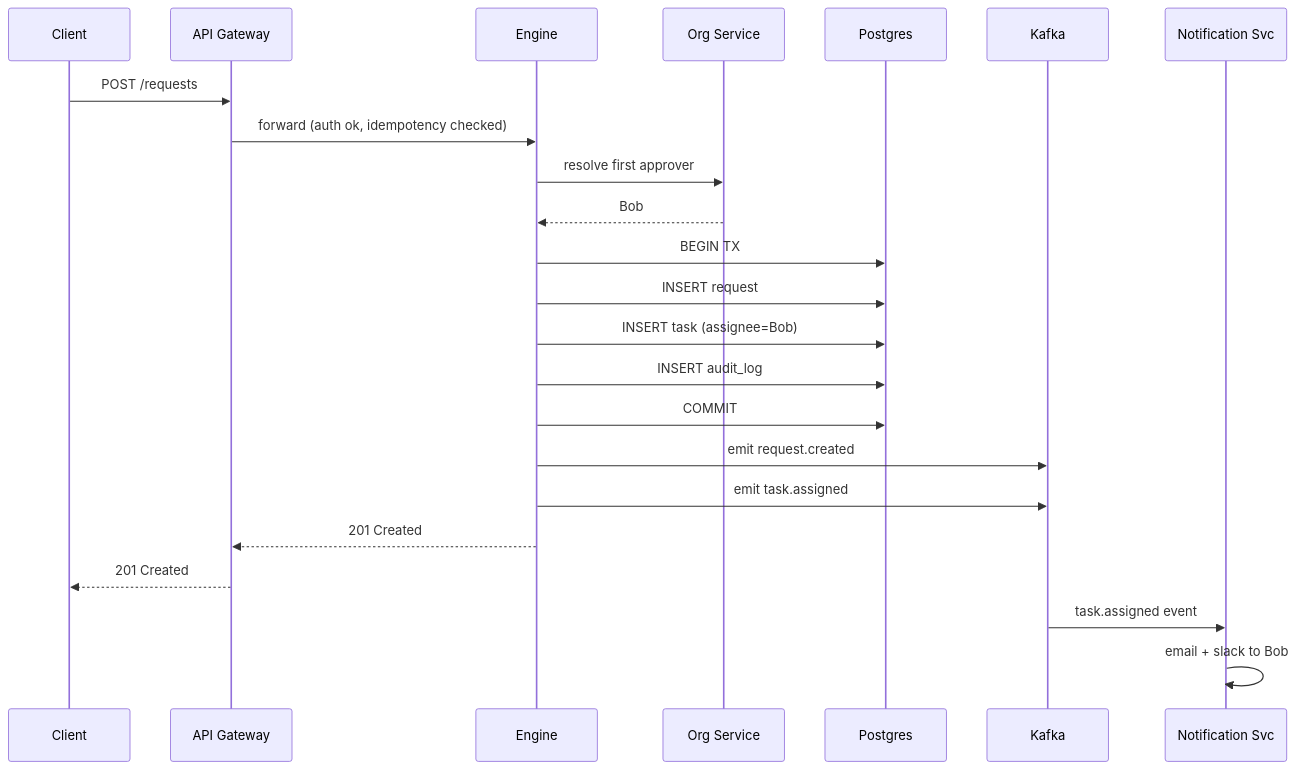
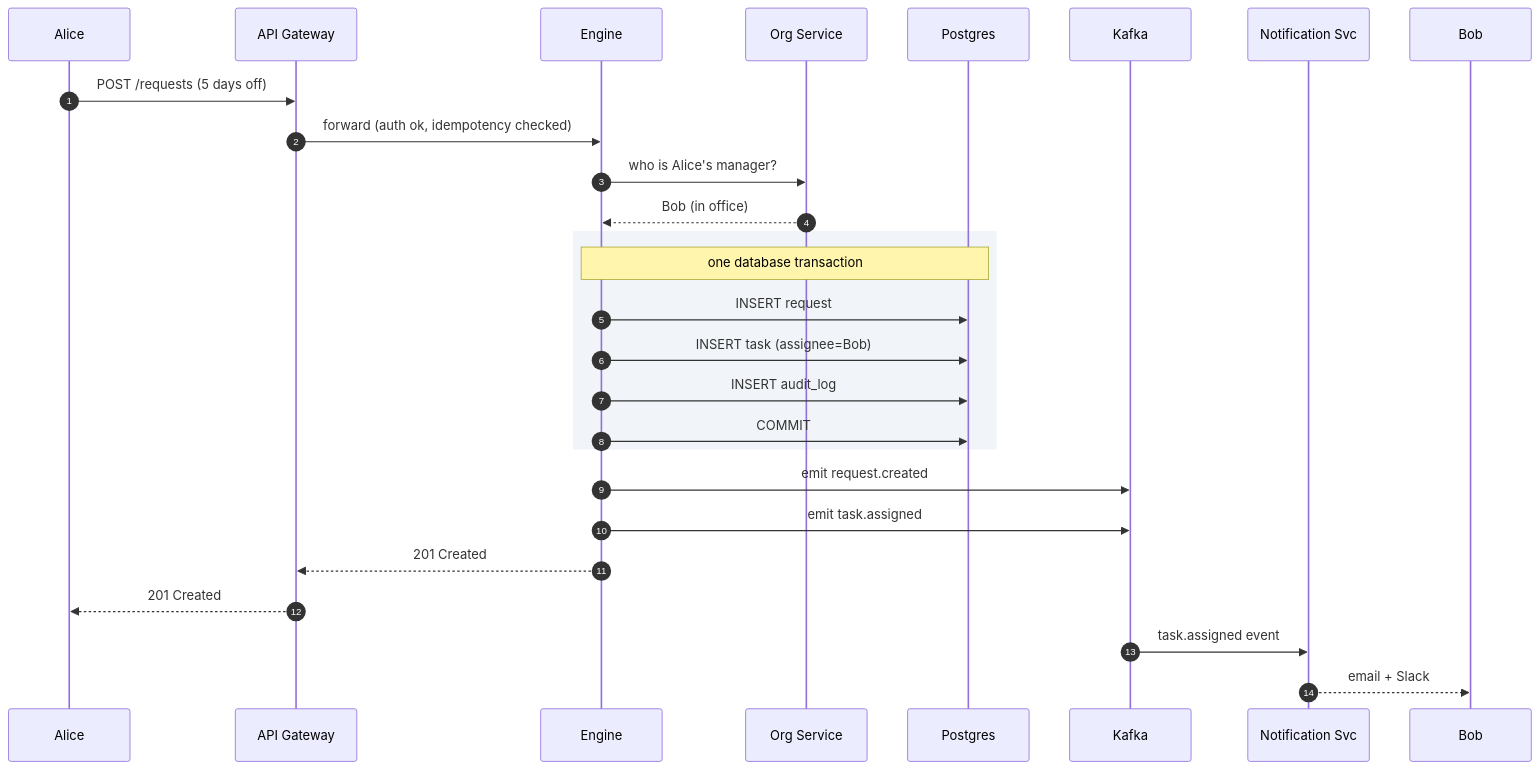
Diagram 15 of 16 in _practice/system-design/011-approval-management.md (shiningflash/shiningflash.github.io), drawn with Mermaid before and after one commit. The commit also changed other lines of this file and 19 other files, not shown here.

````diff
--- a/_practice/system-design/011-approval-management.md
+++ b/_practice/system-design/011-approval-management.md
@@ -854,26 +956,31 @@
 ```mermaid
 sequenceDiagram
-    participant Client
-    participant Gateway as API Gateway
-    participant Engine
-    participant Org as Org Service
+    autonumber
+    participant Alice
+    participant GW as API Gateway
+    participant E as Engine
+    participant O as Org Service
     participant DB as Postgres
-    participant Kafka
-    participant Notify as Notification Svc
+    participant K as Kafka
+    participant N as Notification Svc
 
-    Client->>Gateway: POST /requests
-    Gateway->>Engine: forward (auth ok, idempotency checked)
-    Engine->>Org: resolve first approver
-    Org-->>Engine: Bob
-    Engine->>DB: BEGIN TX
-    Engine->>DB: INSERT request
-    Engine->>DB: INSERT task (assignee=Bob)
-    Engine->>DB: INSERT audit_log
-    Engine->>DB: COMMIT
-    Engine->>Kafka: emit request.created
-    Engine->>Kafka: emit task.assigned
-    Engine-->>Gateway: 201 Created
-    Gateway-->>Client: 201 Created
-    Kafka->>Notify: task.assigned event
-    Notify->>Notify: email + slack to Bob
+    Alice->>GW: POST /requests (5 days off)
+    GW->>E: forward (auth ok, idempotency checked)
+    E->>O: who is Alice's manager?
+    O-->>E: Bob (in office)
+
+    rect rgb(241, 245, 249)
+        Note over E,DB: one database transaction
+        E->>DB: INSERT request
+        E->>DB: INSERT task (assignee=Bob)
+        E->>DB: INSERT audit_log
+        E->>DB: COMMIT
+    end
+
+    E->>K: emit request.created
+    E->>K: emit task.assigned
+    E-->>GW: 201 Created
+    GW-->>Alice: 201 Created
+    K->>N: task.assigned event
+    N-->>Bob: email + Slack
 ```
````
